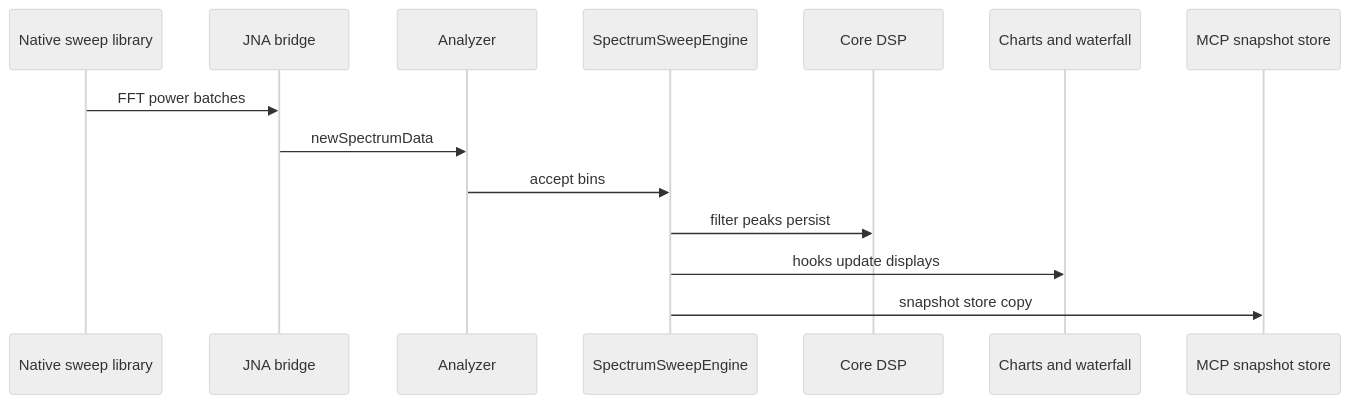
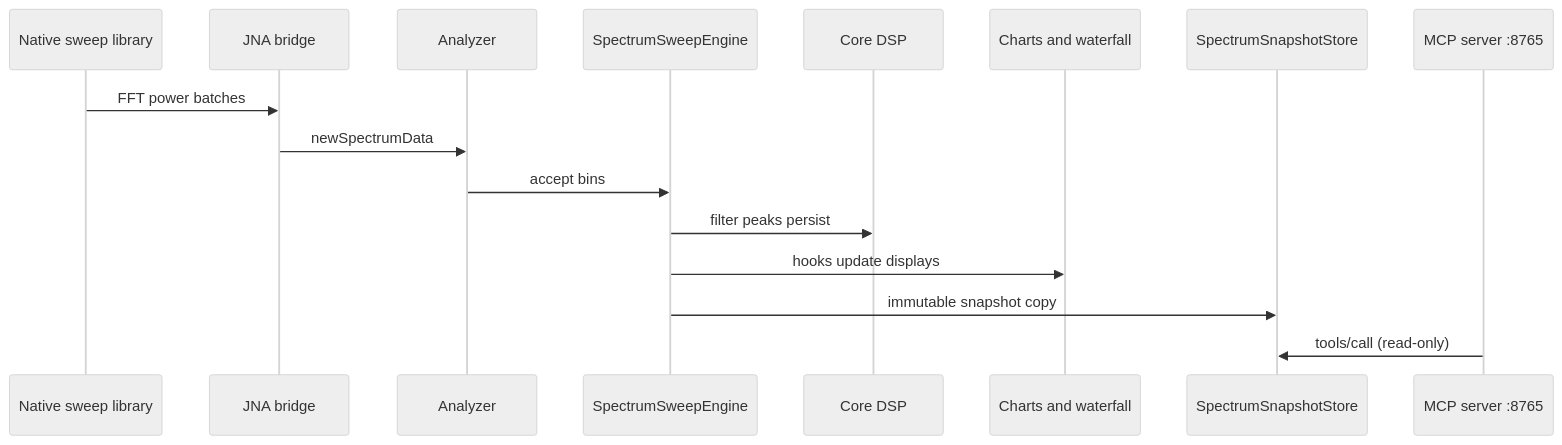
Before and after one commit to chris-piekarski/hackrf-spectrum-analyzer: the second of 5 diagrams in docs/architecture.md, drawn with Mermaid (neutral theme). The commit also changed other lines of this file and 9 other files, not shown here.

````diff
--- a/docs/architecture.md
+++ b/docs/architecture.md
@@ -60,17 +68,19 @@
 ```mermaid
 sequenceDiagram
     participant Native as Native sweep library
     participant Bridge as JNA bridge
     participant Analyzer as Analyzer
     participant Engine as SpectrumSweepEngine
     participant DSP as Core DSP
     participant UI as Charts and waterfall
-    participant MCP as MCP snapshot store
+    participant Store as SpectrumSnapshotStore
+    participant MCP as MCP server :8765
 
     Native->>Bridge: FFT power batches
     Bridge->>Analyzer: newSpectrumData
     Analyzer->>Engine: accept bins
     Engine->>DSP: filter peaks persist
     Engine->>UI: hooks update displays
-    Engine->>MCP: snapshot store copy
+    Engine->>Store: immutable snapshot copy
+    MCP->>Store: tools/call (read-only)
 ```
````
